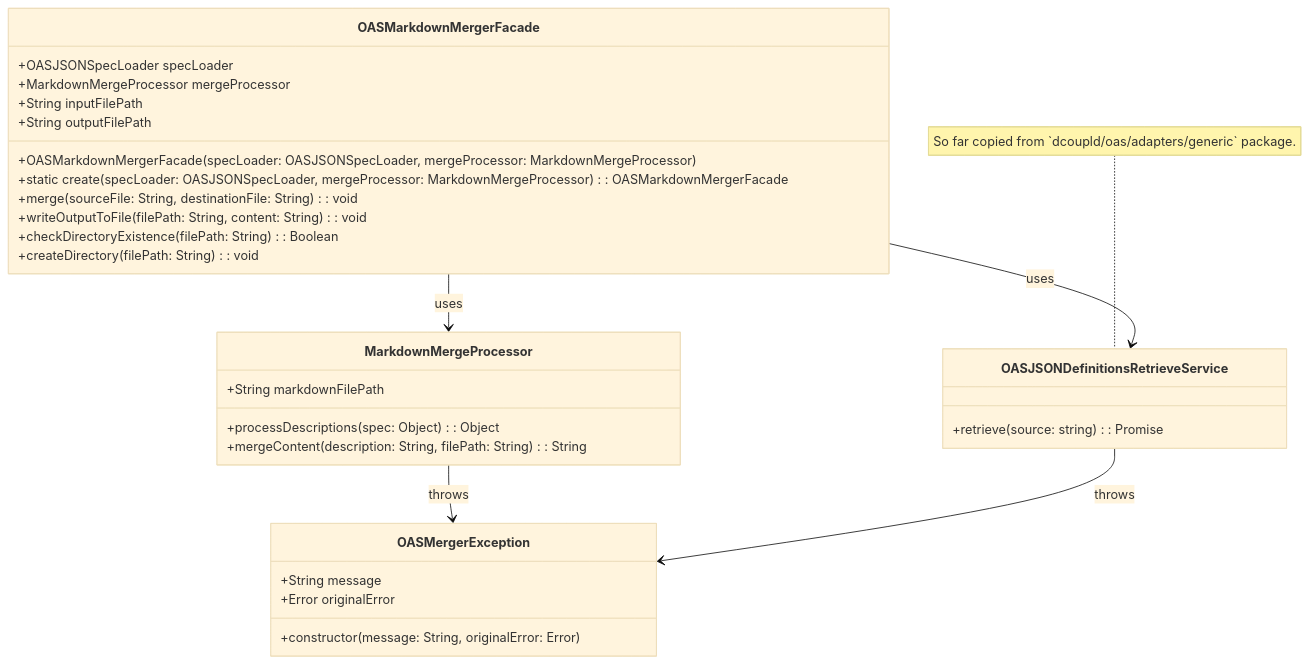
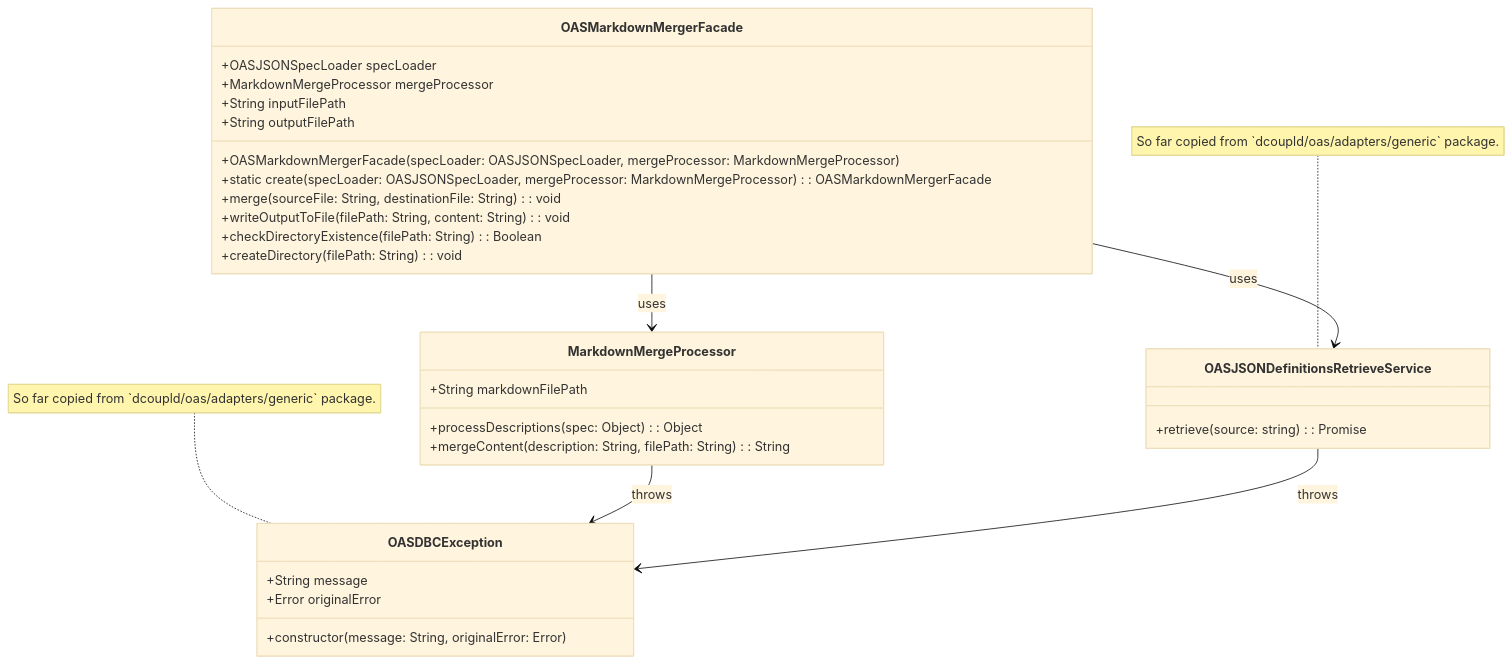
The diagram in .docs/design/class-diagram.uml.md (WhereJuly/60-1-oas-markdown-merger), drawn with Mermaid (base theme) before and after one commit.

Commit message:
[utilities/markdown-merger] Update (design): class diagram

````diff
--- a/.docs/design/class-diagram.uml.md
+++ b/.docs/design/class-diagram.uml.md
@@ -1,40 +1,39 @@
 ```mermaid
 classDiagram
     class OASMarkdownMergerFacade {
         +OASJSONSpecLoader specLoader
         +MarkdownMergeProcessor mergeProcessor
         +String inputFilePath
         +String outputFilePath
         +OASMarkdownMergerFacade(specLoader: OASJSONSpecLoader, mergeProcessor: MarkdownMergeProcessor)
         +static create(specLoader: OASJSONSpecLoader, mergeProcessor: MarkdownMergeProcessor): OASMarkdownMergerFacade
         +merge(sourceFile: String, destinationFile: String): void
         +writeOutputToFile(filePath: String, content: String): void
         +checkDirectoryExistence(filePath: String): Boolean
         +createDirectory(filePath: String): void
     }
     
     class OASJSONDefinitionsRetrieveService {
         +retrieve(source: string): Promise<OpenAPIV3_1.Document>
     }
 
     class MarkdownMergeProcessor {
         +String markdownFilePath
         +processDescriptions(spec: Object): Object
         +mergeContent(description: String, filePath: String): String
     }
 
-    class OASMergerException {
+    class OASDBCException {
         +String message
         +Error originalError
         +constructor(message: String, originalError: Error)
     }
 
     OASMarkdownMergerFacade --> OASJSONDefinitionsRetrieveService : uses
     OASMarkdownMergerFacade --> MarkdownMergeProcessor : uses
-    MarkdownMergeProcessor --> OASMergerException : throws
-    OASJSONDefinitionsRetrieveService --> OASMergerException : throws
+    MarkdownMergeProcessor --> OASDBCException : throws
+    OASJSONDefinitionsRetrieveService --> OASDBCException : throws
 
     note for OASJSONDefinitionsRetrieveService "So far copied from `dcoupld/oas/adapters/generic` package."
-
-
+    note for OASDBCException "So far copied from `dcoupld/oas/adapters/generic` package."
 ```
````
